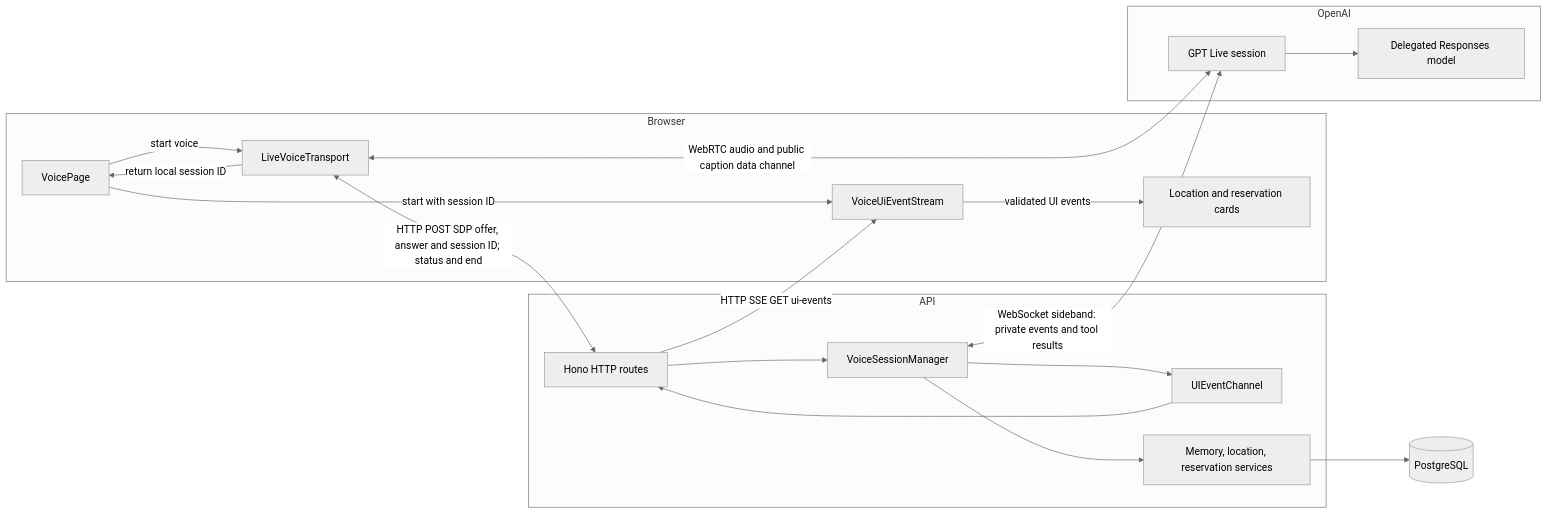
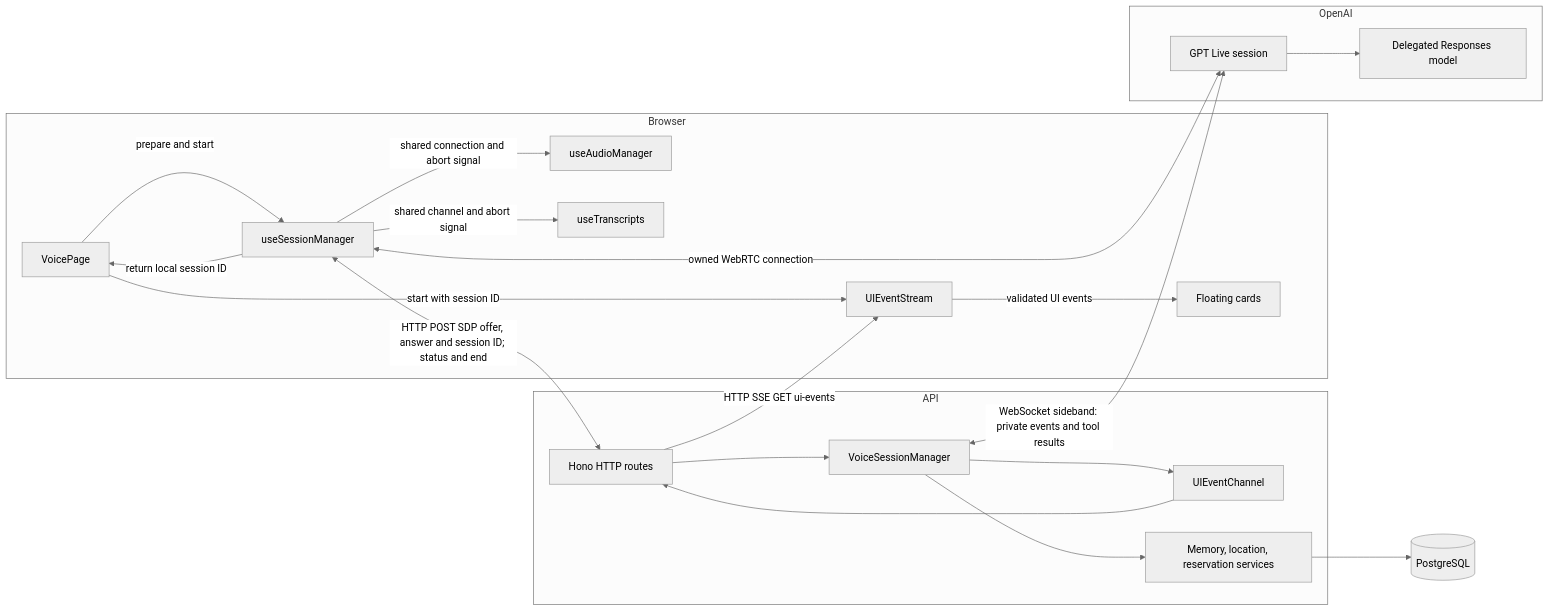
Before and after one commit to Muhab2001/my_voice_agent: the diagram in docs/architecture.md, drawn with Mermaid (neutral theme). The commit also changed other lines of this file and 17 other files, not shown here.

````diff
--- a/docs/architecture.md
+++ b/docs/architecture.md
@@ -7,36 +7,40 @@
 ```mermaid
 flowchart LR
   subgraph Browser
     Page[VoicePage]
-    Transport[LiveVoiceTransport]
-    UiStream[VoiceUiEventStream]
-    Cards[Location and reservation cards]
-    Page -->|start voice| Transport
-    Transport -->|return local session ID| Page
+    Session[useSessionManager]
+    Audio[useAudioManager]
+    Transcripts[useTranscripts]
+    UiStream[UIEventStream]
+    Cards[Floating cards]
+    Page -->|prepare and start| Session
+    Session -->|shared connection and abort signal| Audio
+    Session -->|shared channel and abort signal| Transcripts
+    Session -->|return local session ID| Page
     Page -->|start with session ID| UiStream
     UiStream -->|validated UI events| Cards
   end
 
   subgraph API
     Hono[Hono HTTP routes]
     Manager[VoiceSessionManager]
     Channel[UIEventChannel]
     Services[Memory, location, reservation services]
     Hono --> Manager
     Manager --> Services
     Manager --> Channel
     Channel --> Hono
   end
 
   subgraph OpenAI
     Live[GPT Live session]
     Responses[Delegated Responses model]
     Live --> Responses
   end
 
   Services --> Postgres[(PostgreSQL)]
-  Transport <-->|HTTP POST SDP offer, answer and session ID; status and end| Hono
-  Transport <-->|WebRTC audio and public caption data channel| Live
+  Session <-->|HTTP POST SDP offer, answer and session ID; status and end| Hono
+  Session <-->|owned WebRTC connection| Live
   Manager <-->|WebSocket sideband: private events and tool results| Live
   Hono -->|HTTP SSE GET ui-events| UiStream
 ```
````
